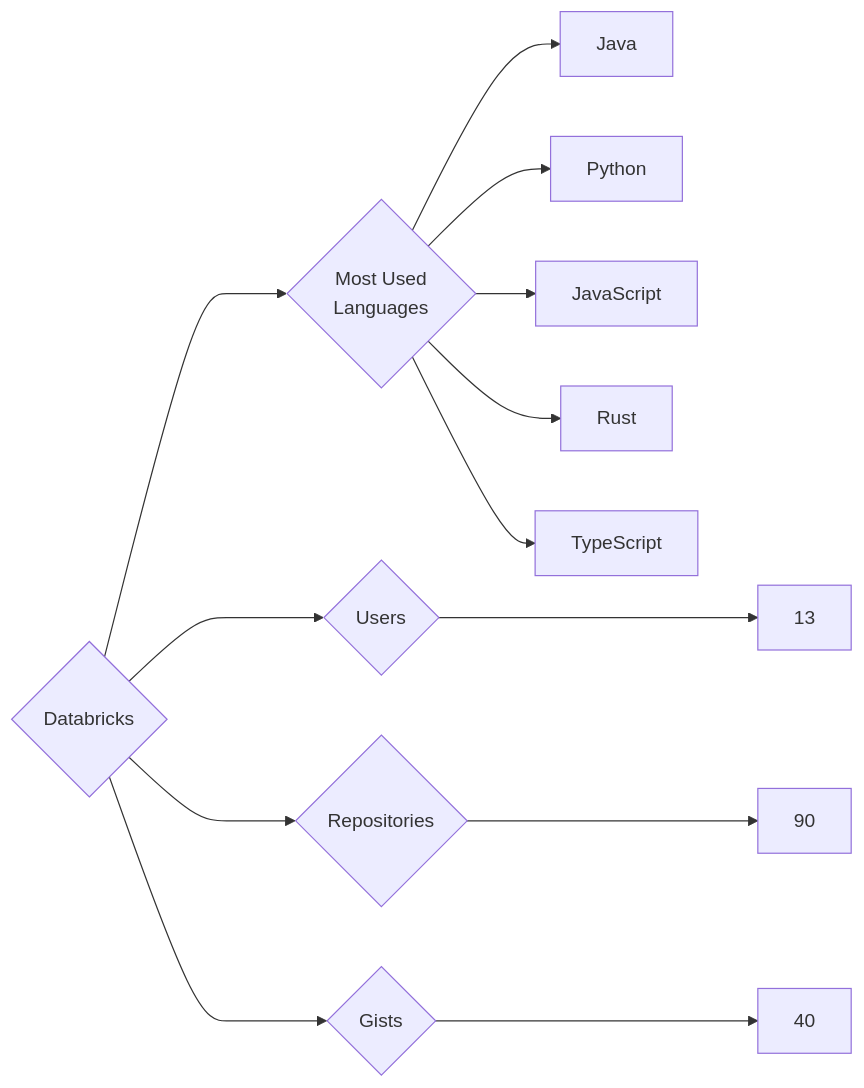
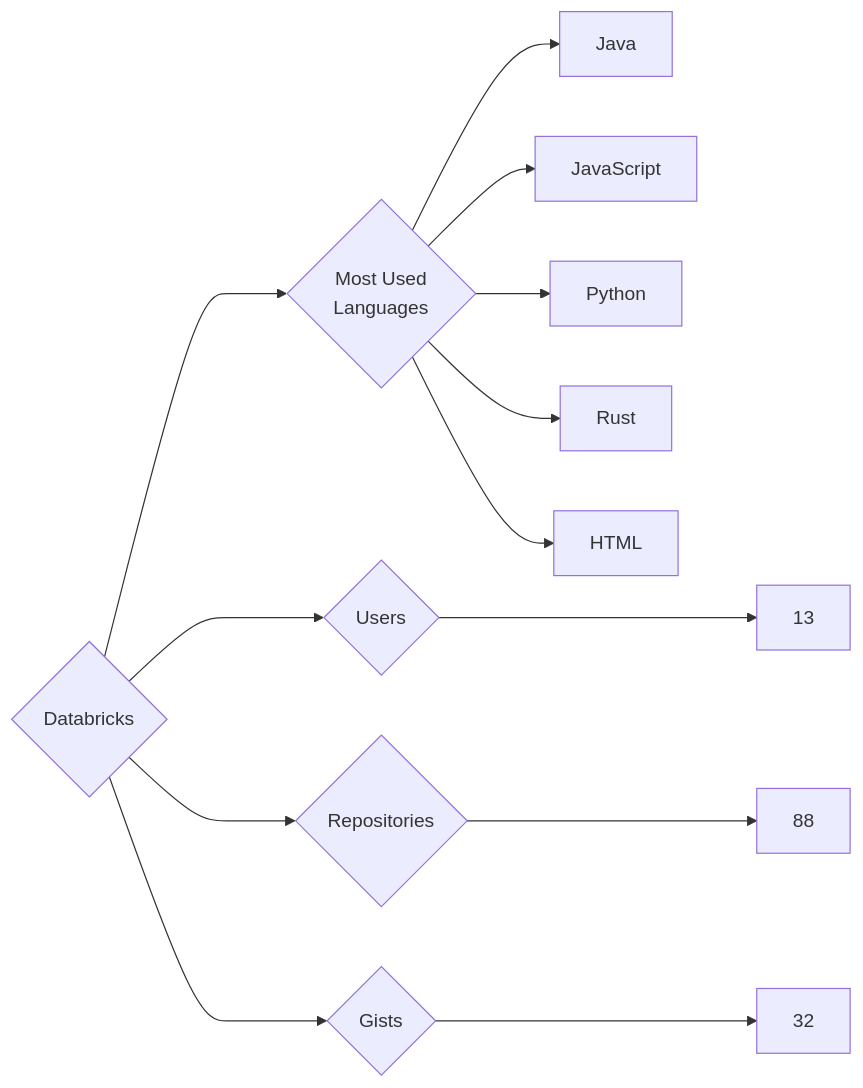
One commit to trickest/insiders changed the diagram in targets/Databricks/README.md. Above: the diagram before and after it, drawn with Mermaid. The commit also changed 840 other files, not shown here.

````diff
--- a/targets/Databricks/README.md
+++ b/targets/Databricks/README.md
@@ -3,13 +3,13 @@
 ```mermaid
 graph LR
 COMPANY_NAME{Databricks}
 COMPANY_NAME ---> U{Users} ---> UN[13]
-COMPANY_NAME ---> R{Repositories} ---> RN[90]
-COMPANY_NAME ---> G{Gists} ---> GN[40]
+COMPANY_NAME ---> R{Repositories} ---> RN[88]
+COMPANY_NAME ---> G{Gists} ---> GN[32]
 COMPANY_NAME ---> ML{Most Used<br>Languages}
 ML --> Java[Java]
+ML --> JavaScript[JavaScript]
 ML --> Python[Python]
-ML --> JavaScript[JavaScript]
 ML --> Rust[Rust]
-ML --> TypeScript[TypeScript]
+ML --> HTML[HTML]
 ```
````
